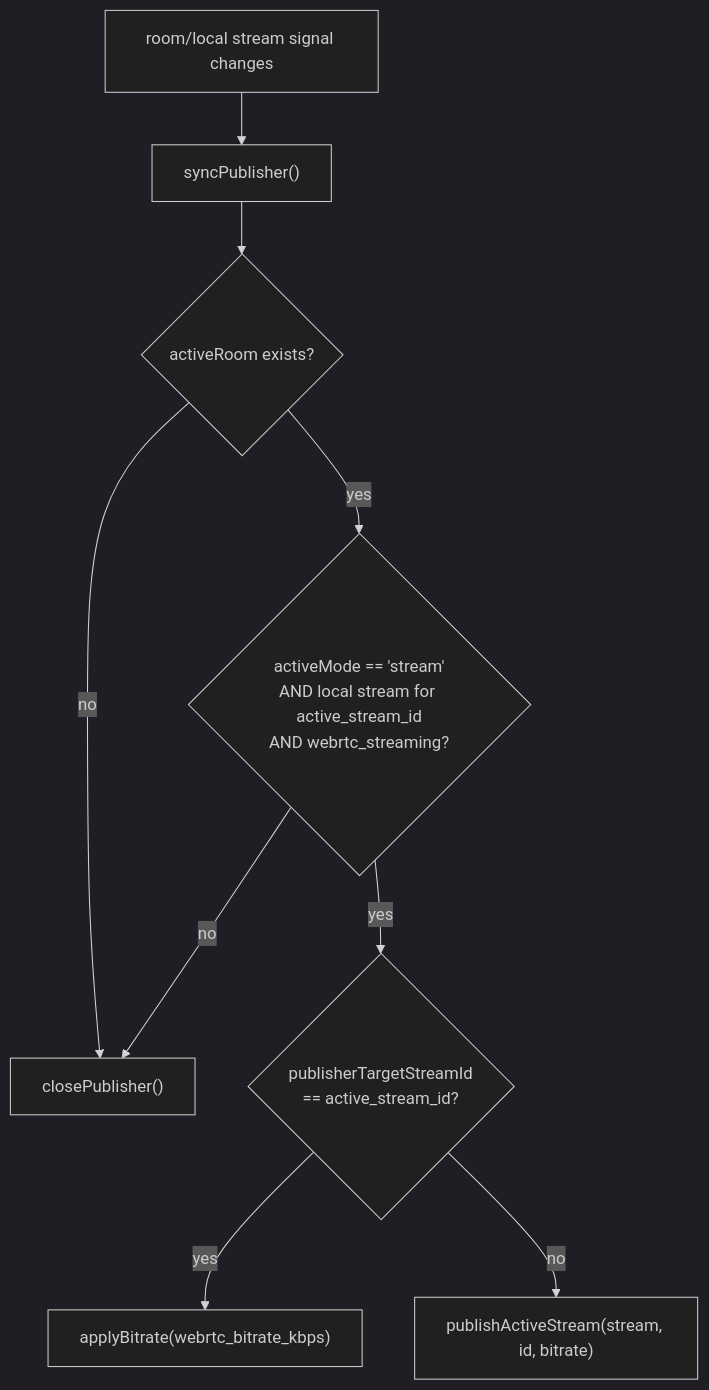
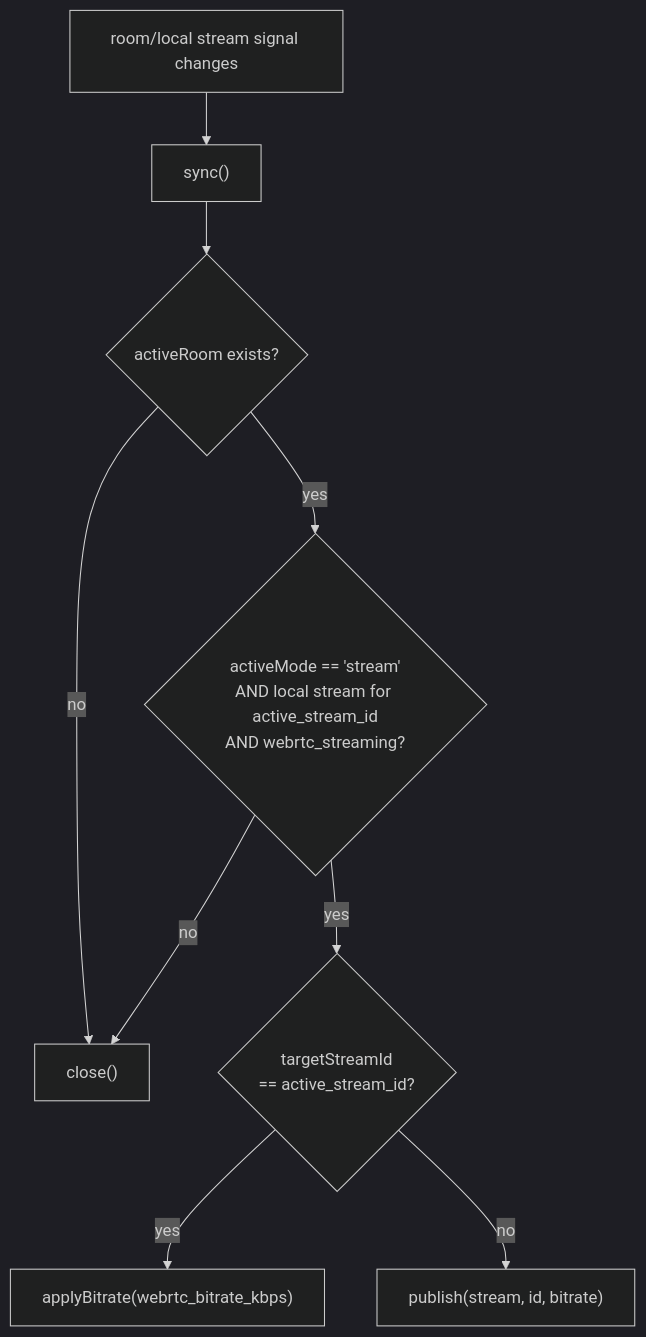
Before and after one commit to SmBe19/spark: the second of 6 diagrams in docs/webrtc.md, drawn with Mermaid (dark theme). The commit also changed other lines of this file and 17 other files, not shown here.

````diff
--- a/docs/webrtc.md
+++ b/docs/webrtc.md
@@ -108,11 +111,11 @@
 ```mermaid
 flowchart TD
-  A["room/local stream signal changes"] --> B["syncPublisher()"]
+  A["room/local stream signal changes"] --> B["sync()"]
   B --> C{"activeRoom exists?"}
-  C -- no --> Z["closePublisher()"]
+  C -- no --> Z["close()"]
   C -- yes --> D{"activeMode == 'stream'<br/>AND local stream for active_stream_id<br/>AND webrtc_streaming?"}
   D -- no --> Z
-  D -- yes --> E{"publisherTargetStreamId<br/>== active_stream_id?"}
+  D -- yes --> E{"targetStreamId<br/>== active_stream_id?"}
   E -- yes --> F["applyBitrate(webrtc_bitrate_kbps)"]
-  E -- no --> G["publishActiveStream(stream, id, bitrate)"]
+  E -- no --> G["publish(stream, id, bitrate)"]
 ```
````
